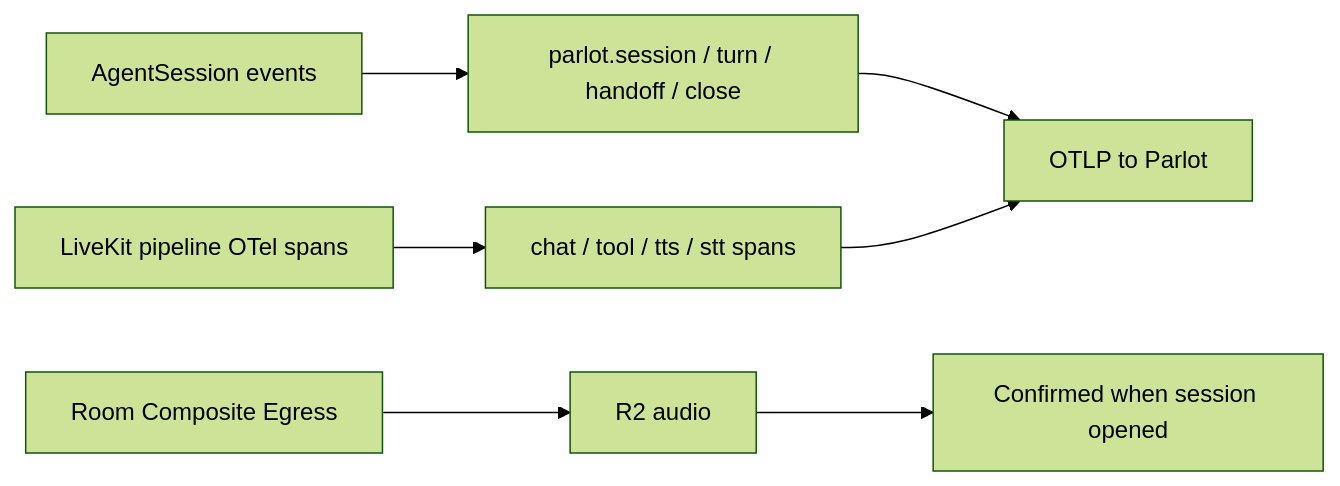
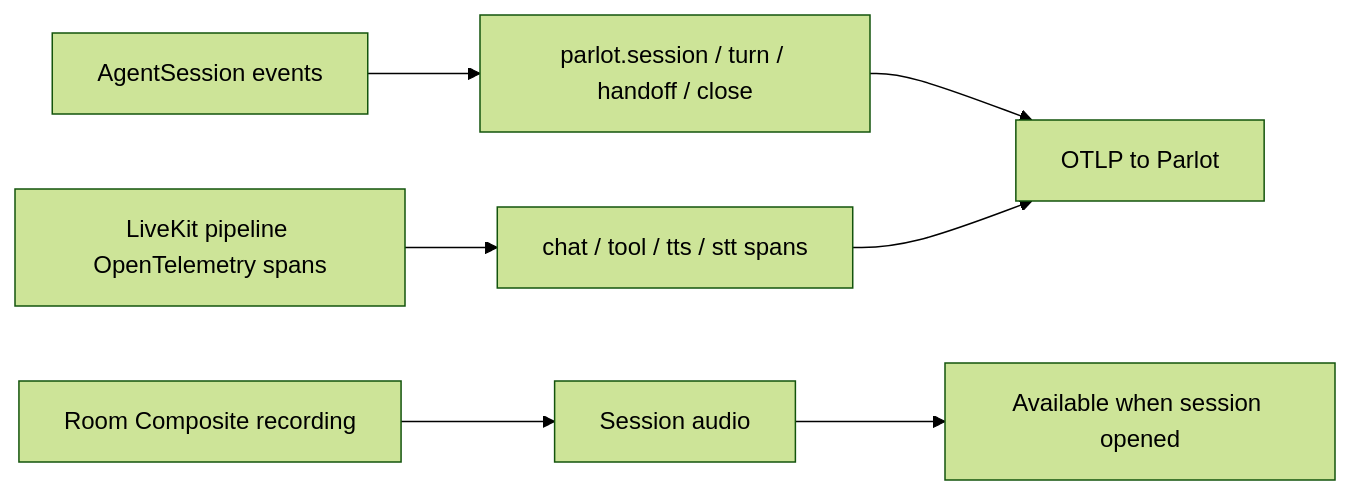
Before and after one commit to parlot-ai/sdk: the diagram in docs/content/docs/sdk/guides/livekit.md, drawn with Mermaid (forest theme). The commit also changed other lines of this file and 34 other files, not shown here.

````diff
--- a/docs/content/docs/sdk/guides/livekit.md
+++ b/docs/content/docs/sdk/guides/livekit.md
@@ -27,9 +32,9 @@
 ```mermaid
 flowchart LR
   LiveKitEvents["AgentSession events"] --> Semantic["parlot.session / turn / handoff / close"]
-  LiveKitSpans["LiveKit pipeline OTel spans"] --> Waterfall["chat / tool / tts / stt spans"]
+  LiveKitSpans["LiveKit pipeline OpenTelemetry spans"] --> Waterfall["chat / tool / tts / stt spans"]
   Semantic --> OTLP["OTLP to Parlot"]
   Waterfall --> OTLP
-  Egress["Room Composite Egress"] --> R2["R2 audio"]
-  R2 --> UI["Confirmed when session opened"]
+  Egress["Room Composite recording"] --> Audio["Session audio"]
+  Audio --> UI["Available when session opened"]
 ```
````
